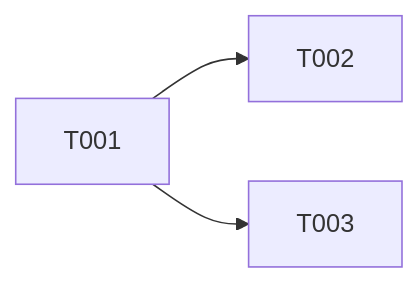
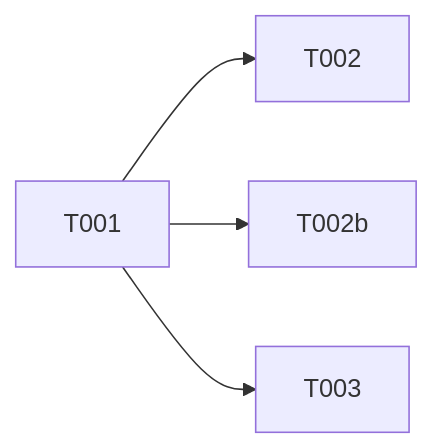
Before and after one commit to UnderUndreGH/undev: the diagram in specs/017-vpn-tab-deserialize-fix/tasks.md, drawn with Mermaid. The commit also changed other lines of this file and 27 other files, not shown here.

````diff
--- a/specs/017-vpn-tab-deserialize-fix/tasks.md
+++ b/specs/017-vpn-tab-deserialize-fix/tasks.md
@@ -37,5 +38,6 @@
 ```mermaid
 graph LR
     T001 --> T002
+    T001 --> T002b
     T001 --> T003
 ```
````
